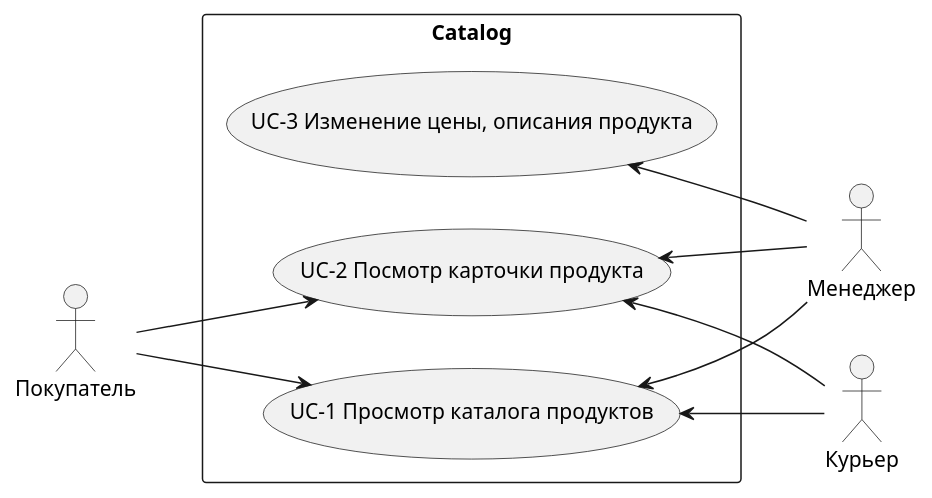
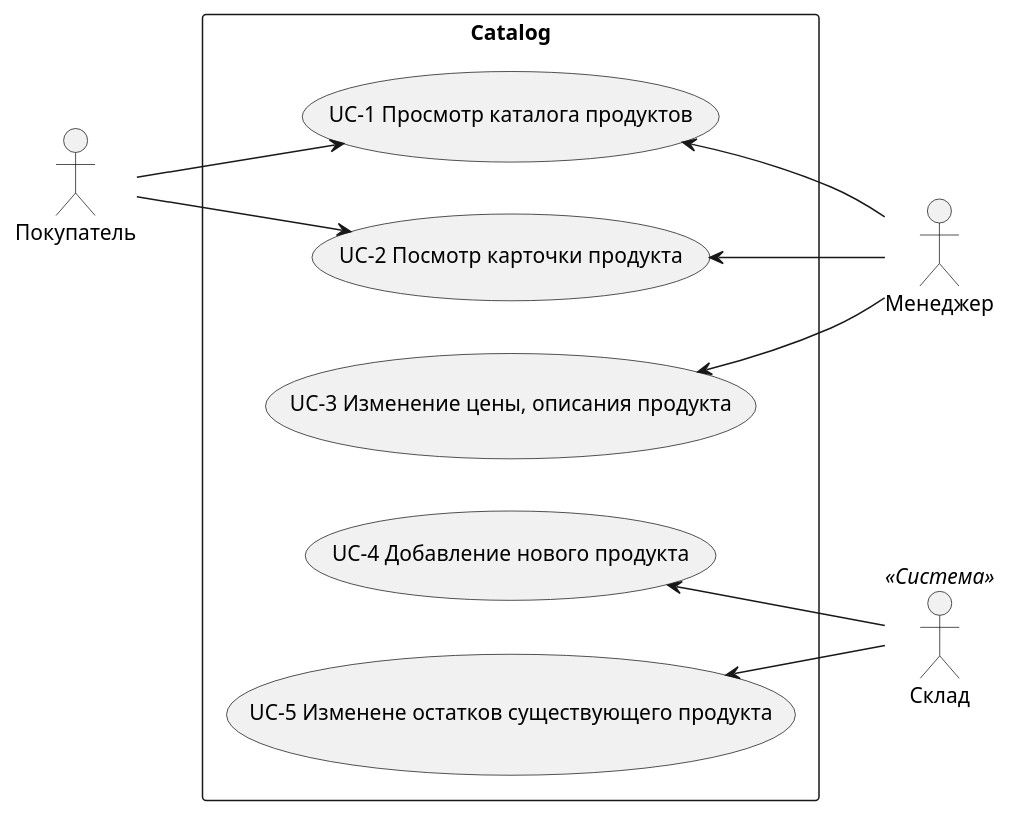
Before and after one commit to gerzhan/knigaexpert-system-design: the second of 2 diagrams in services/catalog/README.md, drawn with PlantUML. The commit also changed other lines of this file and 2 other files, not shown here.

````diff
--- a/services/catalog/README.md
+++ b/services/catalog/README.md
@@ -51,28 +51,32 @@
 ```plantuml
 left to right direction
 skinparam packageStyle rectangle
 
 actor Покупатель as cleint
 actor Менеджер as manager
-actor Курьер as courier
+actor Склад as warehouse << Система >>
 
 rectangle Catalog {
   usecase (UC-1 Просмотр каталога продуктов) as UC1
   usecase (UC-2 Посмотр карточки продукта) as UC2
   usecase (UC-3 Изменение цены, описания продукта) as UC3
+  usecase (UC-4 Добавление нового продукта) as UC4
+  usecase (UC-5 Изменене остатков существующего продукта) as UC5
 
   url of UC1 is [[use-cases/uc-1.md]]
   url of UC2 is [[use-cases/uc-2.md]]
   url of UC3 is [[use-cases/uc-3.md]]
+  url of UC4 is [[use-cases/uc-4.md]]
+  url of UC5 is [[use-cases/uc-5.md]]
 }
 
 cleint --> UC1
 cleint --> UC2
 
 UC1 <-- manager
 UC2 <-- manager
 UC3 <-- manager
-  
-UC1<-- courier  
-UC2<-- courier
+
+UC4<-- warehouse
+UC5<-- warehouse
 ```
````
